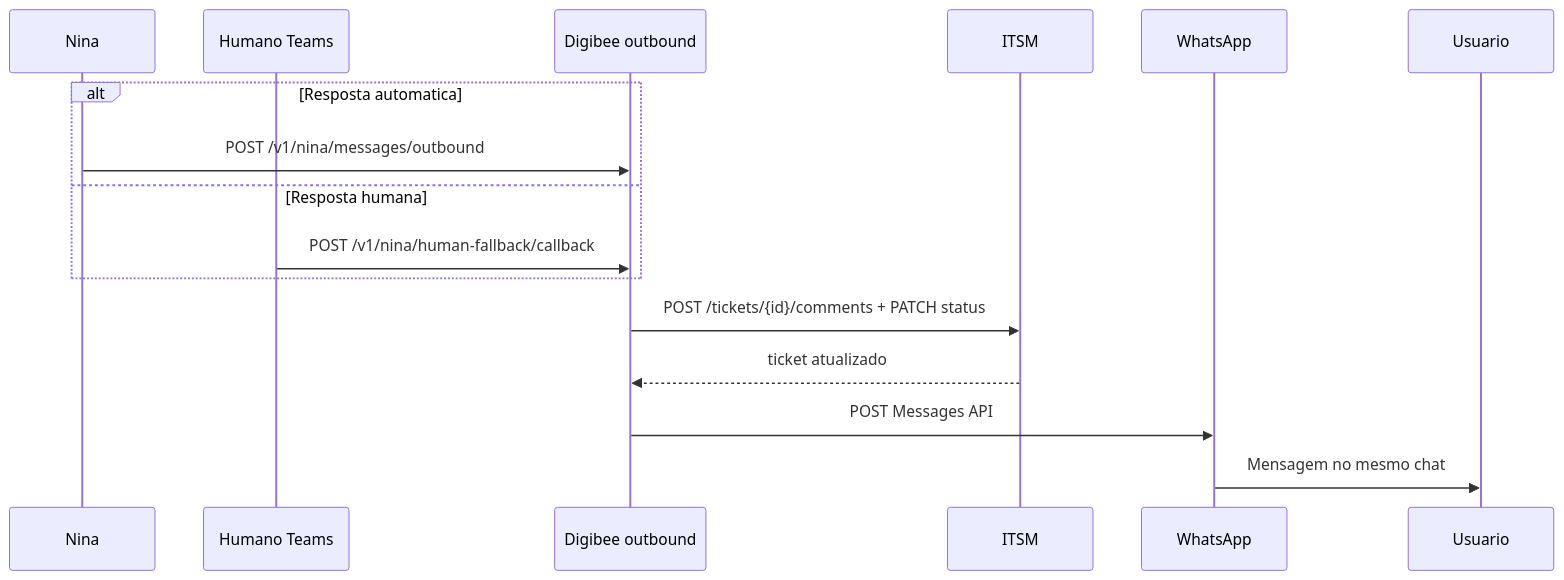
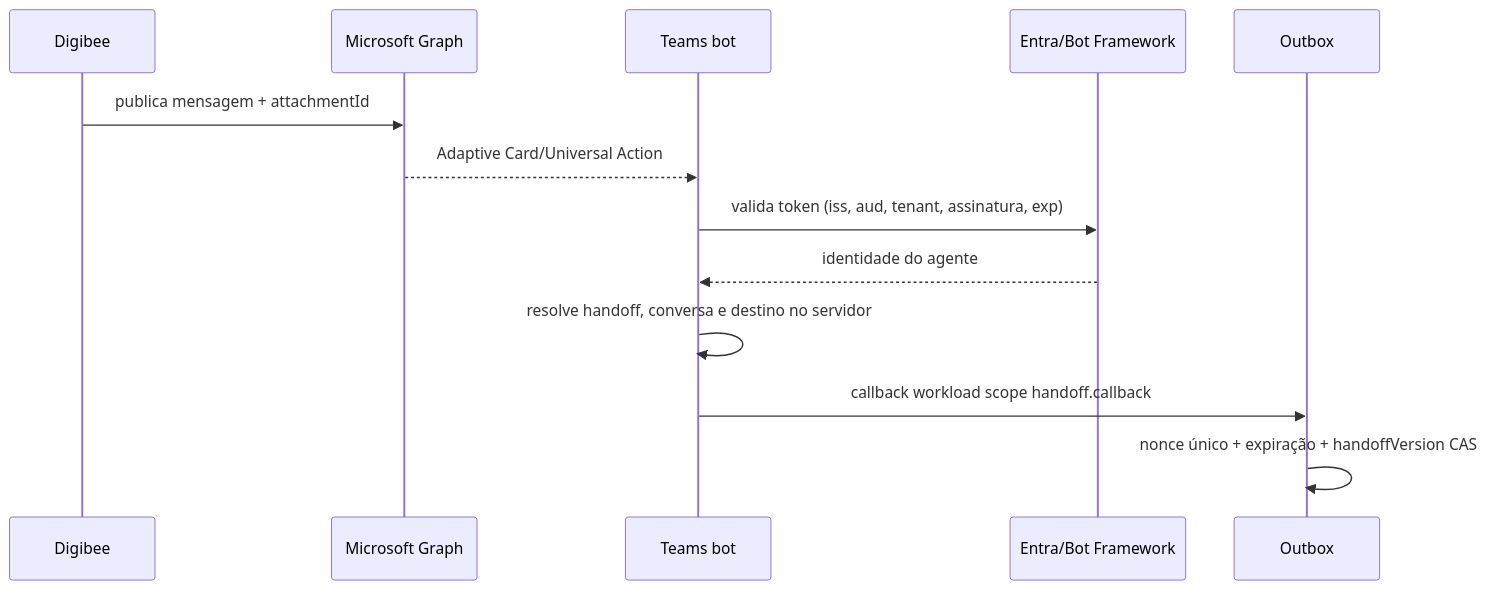
The fourth of 4 diagrams in README.md (anderson-figueiredo/rtvgpt-nina), drawn with Mermaid before and after one commit. The commit also changed other lines of this file and 16 other files, not shown here.

Commit message:
docs: harden integration architecture and contracts

````diff
--- a/README.md
+++ b/README.md
@@ -469,19 +270,16 @@
 ```mermaid
 sequenceDiagram
-    participant N as Nina
-    participant H as Humano Teams
-    participant D as Digibee outbound
-    participant I as ITSM
-    participant W as WhatsApp
-    participant U as Usuario
+    participant D as Digibee
+    participant G as Microsoft Graph
+    participant B as Teams bot
+    participant E as Entra/Bot Framework
+    participant O as Outbox
 
-    alt Resposta automatica
-        N->>D: POST /v1/nina/messages/outbound
-    else Resposta humana
-        H->>D: POST /v1/nina/human-fallback/callback
-    end
-    D->>I: POST /tickets/{id}/comments + PATCH status
-    I-->>D: ticket atualizado
-    D->>W: POST Messages API
-    W->>U: Mensagem no mesmo chat
+    D->>G: publica mensagem + attachmentId
+    G-->>B: Adaptive Card/Universal Action
+    B->>E: valida token (iss, aud, tenant, assinatura, exp)
+    E-->>B: identidade do agente
+    B->>B: resolve handoff, conversa e destino no servidor
+    B->>O: callback workload scope handoff.callback
+    O->>O: nonce único + expiração + handoffVersion CAS
 ```
````
